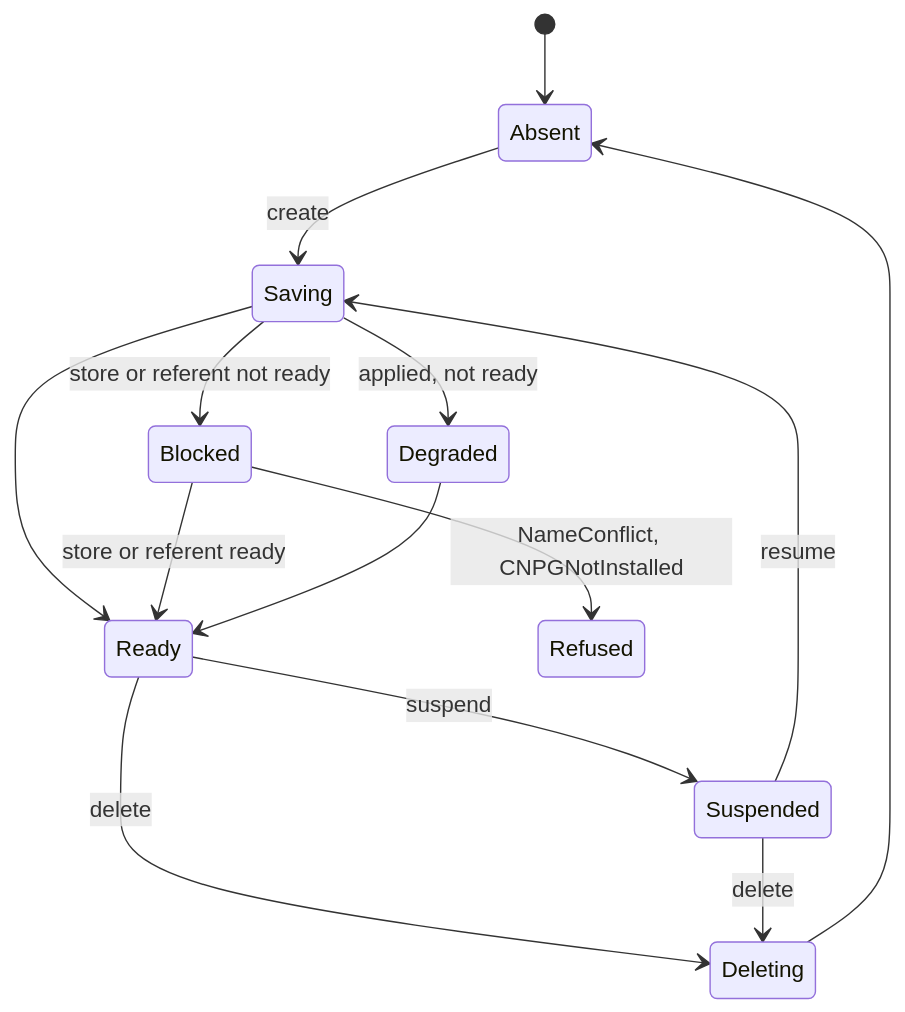
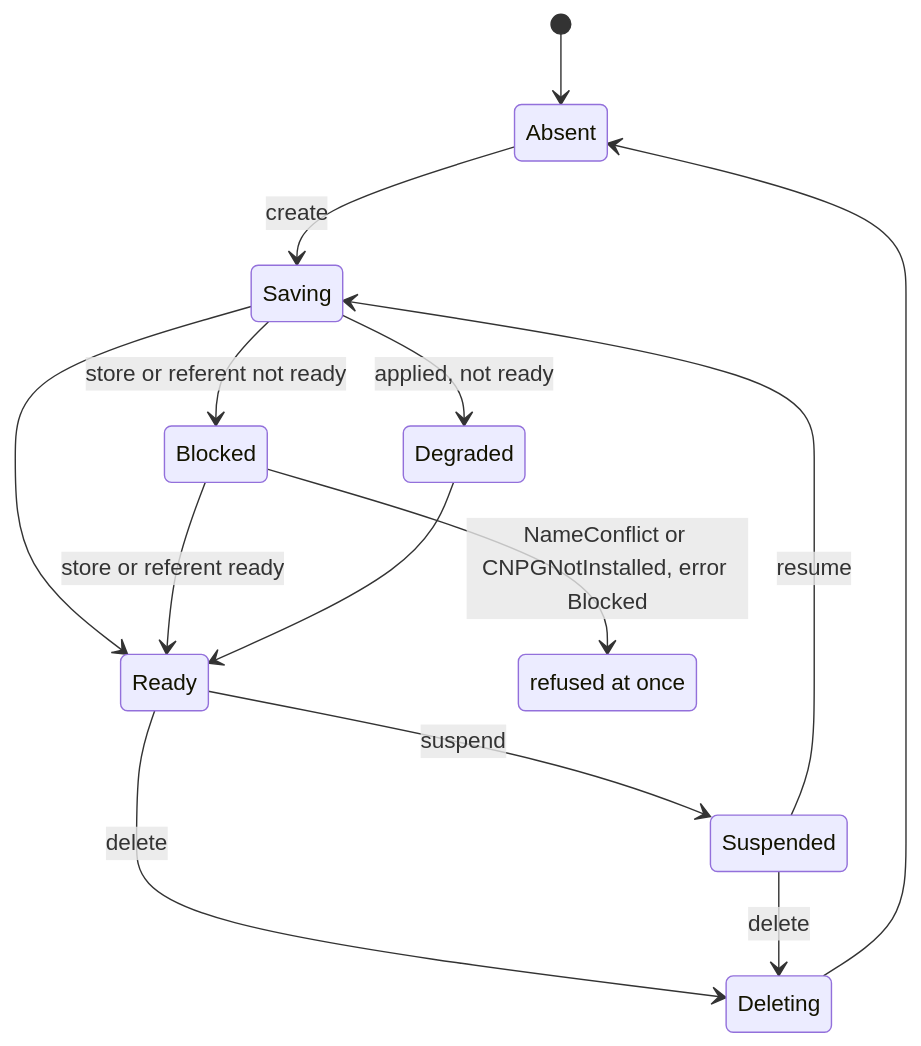
Before and after one commit to vymalo/another-agentic-system: the second of 2 diagrams in orchestrator/crates/provisioner-platform/README.md, drawn with Mermaid. The commit also changed other lines of this file and 9 other files, not shown here.

````diff
--- a/orchestrator/crates/provisioner-platform/README.md
+++ b/orchestrator/crates/provisioner-platform/README.md
@@ -36,16 +39,17 @@
 ```mermaid
 stateDiagram-v2
   [*] --> Absent
   Absent --> Saving: create
   Suspended --> Saving: resume
   Saving --> Ready
   Saving --> Blocked: store or referent not ready
   Blocked --> Ready: store or referent ready
-  Blocked --> Refused: NameConflict, CNPGNotInstalled
+  Blocked --> Gone: NameConflict or CNPGNotInstalled, error Blocked
   Saving --> Degraded: applied, not ready
   Degraded --> Ready
   Ready --> Suspended: suspend
   Ready --> Deleting: delete
   Suspended --> Deleting: delete
   Deleting --> Absent
+  Gone: refused at once
 ```
````
